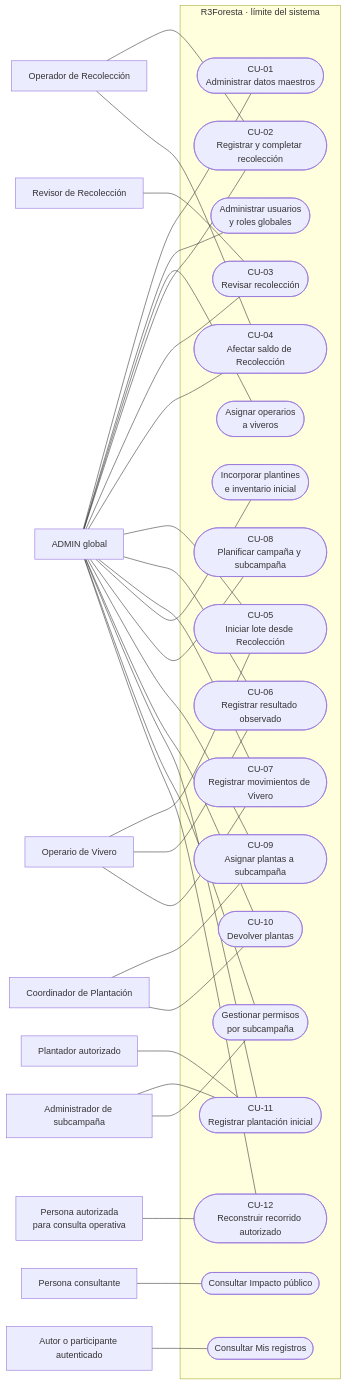
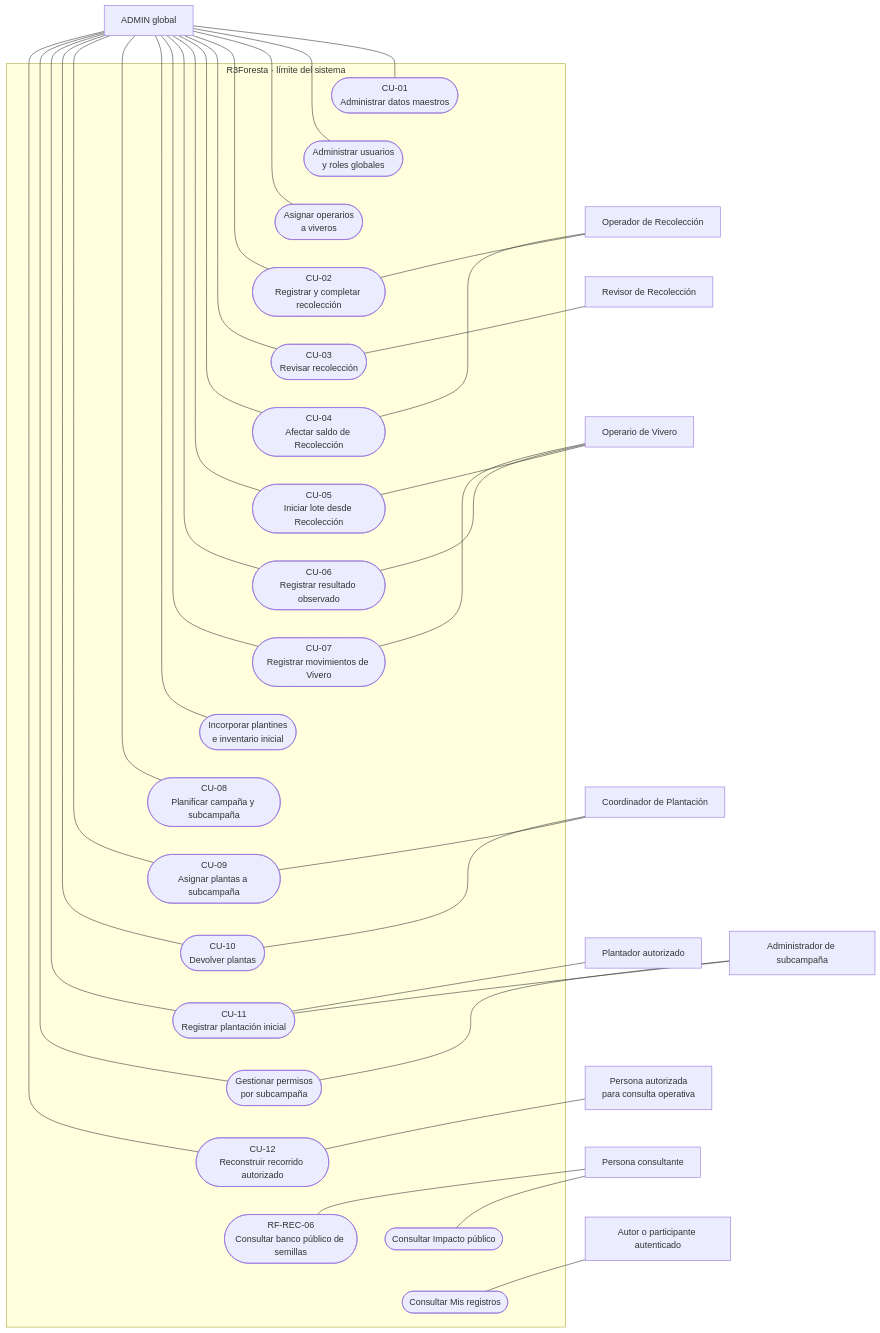
The third of 18 diagrams in documentacion-grado/06_entregables/proyecto_grado/03_2_fase_elaboracion.md (R3foresta/r3foresta-docs), drawn with Mermaid before and after one commit. The commit also changed other lines of this file and 672 other files, not shown here.

````diff
--- a/documentacion-grado/06_entregables/proyecto_grado/03_2_fase_elaboracion.md
+++ b/documentacion-grado/06_entregables/proyecto_grado/03_2_fase_elaboracion.md
@@ -159,70 +165,75 @@
 ```mermaid
-flowchart LR
+flowchart TB
     ADM["ADMIN global"]
     REC["Operador de Recolección"]
     REV["Revisor de Recolección"]
     VIV["Operario de Vivero"]
     COO["Coordinador de Plantación"]
     PLA["Plantador autorizado"]
     ASC["Administrador de subcampaña"]
     PUB["Persona consultante"]
     PRO["Autor o participante autenticado"]
     CON["Persona autorizada<br/>para consulta operativa"]
 
     subgraph SYS["R3Foresta · límite del sistema"]
         C1(["CU-01<br/>Administrar datos maestros"])
         UR(["Administrar usuarios<br/>y roles globales"])
         AV(["Asignar operarios<br/>a viveros"])
 
         C2(["CU-02<br/>Registrar y completar recolección"])
         C3(["CU-03<br/>Revisar recolección"])
         C4(["CU-04<br/>Afectar saldo de Recolección"])
 
         C5(["CU-05<br/>Iniciar lote desde Recolección"])
         C6(["CU-06<br/>Registrar resultado observado"])
         C7(["CU-07<br/>Registrar movimientos de Vivero"])
         INC(["Incorporar plantines<br/>e inventario inicial"])
 
         C8(["CU-08<br/>Planificar campaña y subcampaña"])
         C9(["CU-09<br/>Asignar plantas a subcampaña"])
         C10(["CU-10<br/>Devolver plantas"])
         C11(["CU-11<br/>Registrar plantación inicial"])
 
         ACC(["Gestionar permisos<br/>por subcampaña"])
         C12(["CU-12<br/>Reconstruir recorrido autorizado"])
         IMP(["Consultar Impacto público"])
+        BAN(["RF-REC-06<br/>Consultar banco público de semillas"])
         MIS(["Consultar Mis registros"])
     end
 
     ADM --- C1
     ADM --- UR
     ADM --- AV
     ADM --- C2
     ADM --- C3
     ADM --- C4
     ADM --- C5
     ADM --- C6
     ADM --- C7
     ADM --- INC
     ADM --- C8
     ADM --- C9
     ADM --- C10
     ADM --- C11
     ADM --- ACC
     ADM --- C12
 
     REC --- C2
     REC --- C4
     REV --- C3
     VIV --- C5
     VIV --- C6
     VIV --- C7
     COO --- C9
     COO --- C10
     PLA --- C11
     ASC --- C11
     ASC --- ACC
     PUB --- IMP
+    PUB --- BAN
     PRO --- MIS
     CON --- C12
+
+    %% Orden visual; estos enlaces invisibles no son relaciones del dominio.
+    C1 ~~~ UR ~~~ AV ~~~ C2 ~~~ C3 ~~~ C4 ~~~ C5 ~~~ C6 ~~~ C7 ~~~ INC ~~~ C8 ~~~ C9 ~~~ C10 ~~~ C11 ~~~ ACC ~~~ C12 ~~~ IMP ~~~ MIS
 ```
````
